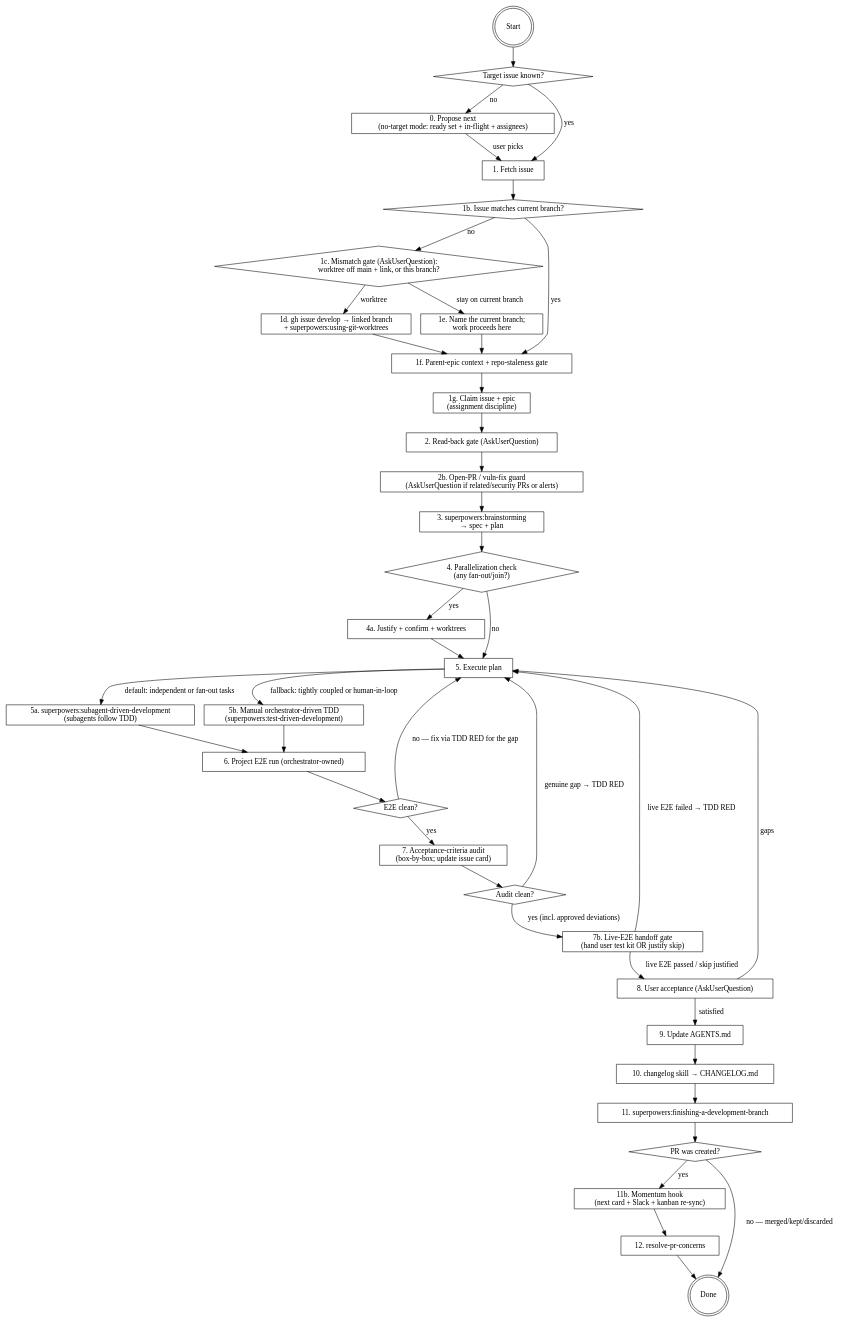
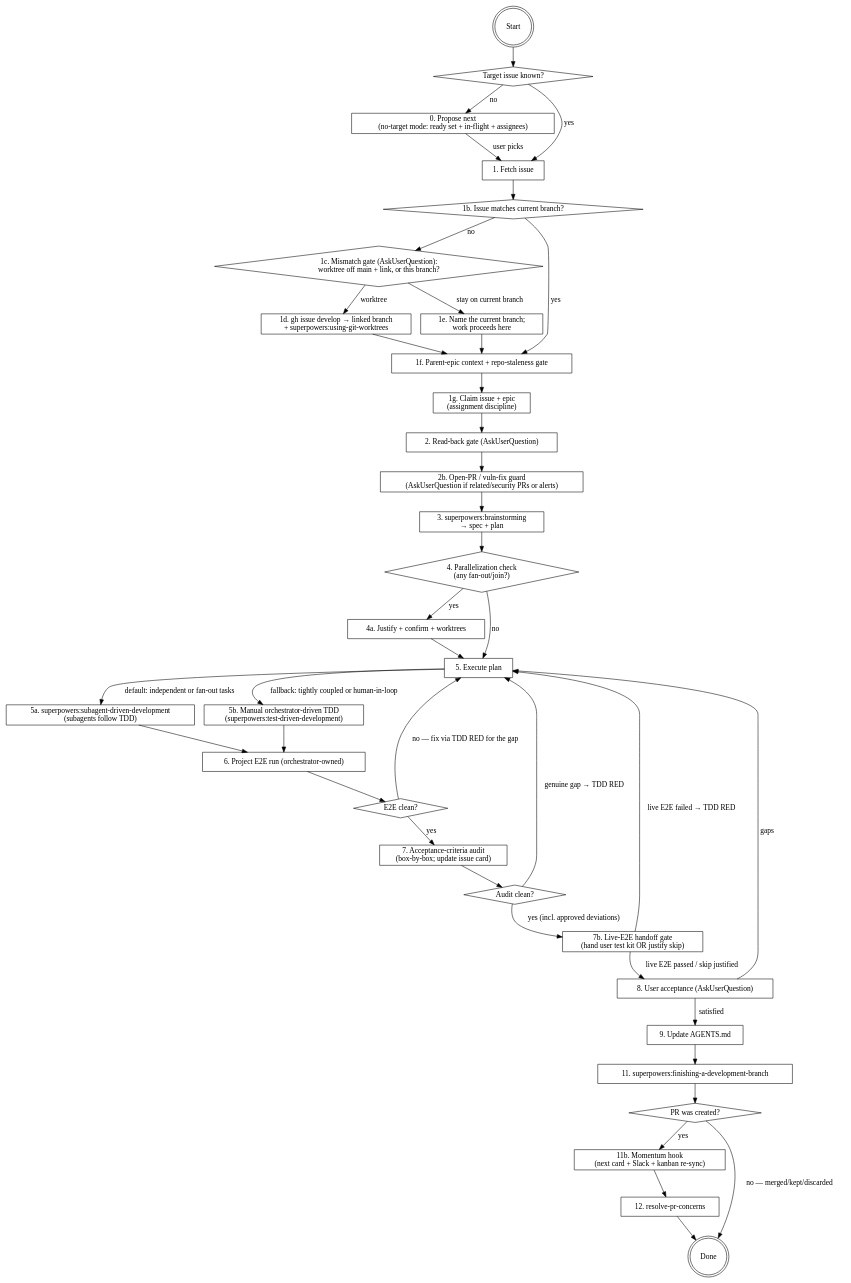
The diagram in .agents/skills/build-from-issue/SKILL.md (emigre459/agentic-ai-dev-template), drawn with Graphviz before and after one commit. The commit also changed other lines of this file and 23 other files, not shown here.

````diff
--- a/.agents/skills/build-from-issue/SKILL.md
+++ b/.agents/skills/build-from-issue/SKILL.md
@@ -23,71 +23,70 @@
 ```dot
 digraph build_from_issue {
     rankdir=TB;
     "Start" [shape=doublecircle];
     "0. Propose next\n(no-target mode: ready set + in-flight + assignees)" [shape=box];
     "Target issue known?" [shape=diamond];
     "1. Fetch issue" [shape=box];
     "1b. Issue matches current branch?" [shape=diamond];
     "1c. Mismatch gate (AskUserQuestion):\nworktree off main + link, or this branch?" [shape=diamond];
     "1d. gh issue develop → linked branch\n+ superpowers:using-git-worktrees" [shape=box];
     "1e. Name the current branch;\nwork proceeds here" [shape=box];
     "1f. Parent-epic context + repo-staleness gate" [shape=box];
     "1g. Claim issue + epic\n(assignment discipline)" [shape=box];
     "2. Read-back gate (AskUserQuestion)" [shape=box];
     "2b. Open-PR / vuln-fix guard\n(AskUserQuestion if related/security PRs or alerts)" [shape=box];
     "3. superpowers:brainstorming\n→ spec + plan" [shape=box];
     "4. Parallelization check\n(any fan-out/join?)" [shape=diamond];
     "4a. Justify + confirm + worktrees" [shape=box];
     "5. Execute plan" [shape=box];
     "5a. superpowers:subagent-driven-development\n(subagents follow TDD)" [shape=box];
     "5b. Manual orchestrator-driven TDD\n(superpowers:test-driven-development)" [shape=box];
     "6. Project E2E run (orchestrator-owned)" [shape=box];
     "E2E clean?" [shape=diamond];
     "7. Acceptance-criteria audit\n(box-by-box; update issue card)" [shape=box];
     "Audit clean?" [shape=diamond];
     "7b. Live-E2E handoff gate\n(hand user test kit OR justify skip)" [shape=box];
     "8. User acceptance (AskUserQuestion)" [shape=box];
     "9. Update AGENTS.md" [shape=box];
-    "10. changelog skill → CHANGELOG.md" [shape=box];
     "11. superpowers:finishing-a-development-branch" [shape=box];
     "PR was created?" [shape=diamond];
     "11b. Momentum hook\n(next card + Slack + kanban re-sync)" [shape=box];
     "12. resolve-pr-concerns" [shape=box];
     "Done" [shape=doublecircle];
 
     "Start" -> "Target issue known?";
     "Target issue known?" -> "1. Fetch issue" [label="yes"];
     "Target issue known?" -> "0. Propose next\n(no-target mode: ready set + in-flight + assignees)" [label="no"];
     "0. Propose next\n(no-target mode: ready set + in-flight + assignees)" -> "1. Fetch issue" [label="user picks"];
     "1. Fetch issue" -> "1b. Issue matches current branch?";
     "1b. Issue matches current branch?" -> "1f. Parent-epic context + repo-staleness gate" [label="yes"];
     "1b. Issue matches current branch?" -> "1c. Mismatch gate (AskUserQuestion):\nworktree off main + link, or this branch?" [label="no"];
     "1c. Mismatch gate (AskUserQuestion):\nworktree off main + link, or this branch?" -> "1d. gh issue develop → linked branch\n+ superpowers:using-git-worktrees" [label="worktree"];
     "1c. Mismatch gate (AskUserQuestion):\nworktree off main + link, or this branch?" -> "1e. Name the current branch;\nwork proceeds here" [label="stay on current branch"];
     "1d. gh issue develop → linked branch\n+ superpowers:using-git-worktrees" -> "1f. Parent-epic context + repo-staleness gate";
     "1e. Name the current branch;\nwork proceeds here" -> "1f. Parent-epic context + repo-staleness gate";
     "1f. Parent-epic context + repo-staleness gate" -> "1g. Claim issue + epic\n(assignment discipline)" -> "2. Read-back gate (AskUserQuestion)" -> "2b. Open-PR / vuln-fix guard\n(AskUserQuestion if related/security PRs or alerts)" -> "3. superpowers:brainstorming\n→ spec + plan" -> "4. Parallelization check\n(any fan-out/join?)";
     "4. Parallelization check\n(any fan-out/join?)" -> "4a. Justify + confirm + worktrees" [label="yes"];
     "4. Parallelization check\n(any fan-out/join?)" -> "5. Execute plan" [label="no"];
     "4a. Justify + confirm + worktrees" -> "5. Execute plan";
     "5. Execute plan" -> "5a. superpowers:subagent-driven-development\n(subagents follow TDD)" [label="default: independent or fan-out tasks"];
     "5. Execute plan" -> "5b. Manual orchestrator-driven TDD\n(superpowers:test-driven-development)" [label="fallback: tightly coupled or human-in-loop"];
     "5a. superpowers:subagent-driven-development\n(subagents follow TDD)" -> "6. Project E2E run (orchestrator-owned)";
     "5b. Manual orchestrator-driven TDD\n(superpowers:test-driven-development)" -> "6. Project E2E run (orchestrator-owned)";
     "6. Project E2E run (orchestrator-owned)" -> "E2E clean?";
     "E2E clean?" -> "7. Acceptance-criteria audit\n(box-by-box; update issue card)" [label="yes"];
     "E2E clean?" -> "5. Execute plan" [label="no — fix via TDD RED for the gap"];
     "7. Acceptance-criteria audit\n(box-by-box; update issue card)" -> "Audit clean?";
     "Audit clean?" -> "7b. Live-E2E handoff gate\n(hand user test kit OR justify skip)" [label="yes (incl. approved deviations)"];
     "Audit clean?" -> "5. Execute plan" [label="genuine gap → TDD RED"];
     "7b. Live-E2E handoff gate\n(hand user test kit OR justify skip)" -> "8. User acceptance (AskUserQuestion)" [label="live E2E passed / skip justified"];
     "7b. Live-E2E handoff gate\n(hand user test kit OR justify skip)" -> "5. Execute plan" [label="live E2E failed → TDD RED"];
     "8. User acceptance (AskUserQuestion)" -> "5. Execute plan" [label="gaps"];
     "8. User acceptance (AskUserQuestion)" -> "9. Update AGENTS.md" [label="satisfied"];
-    "9. Update AGENTS.md" -> "10. changelog skill → CHANGELOG.md" -> "11. superpowers:finishing-a-development-branch" -> "PR was created?";
+    "9. Update AGENTS.md" -> "11. superpowers:finishing-a-development-branch" -> "PR was created?";
     "PR was created?" -> "11b. Momentum hook\n(next card + Slack + kanban re-sync)" [label="yes"];
     "11b. Momentum hook\n(next card + Slack + kanban re-sync)" -> "12. resolve-pr-concerns";
     "PR was created?" -> "Done" [label="no — merged/kept/discarded"];
     "12. resolve-pr-concerns" -> "Done";
 }
 ```
````
